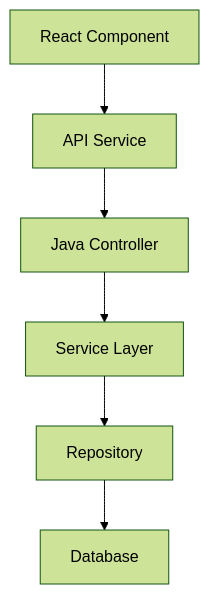
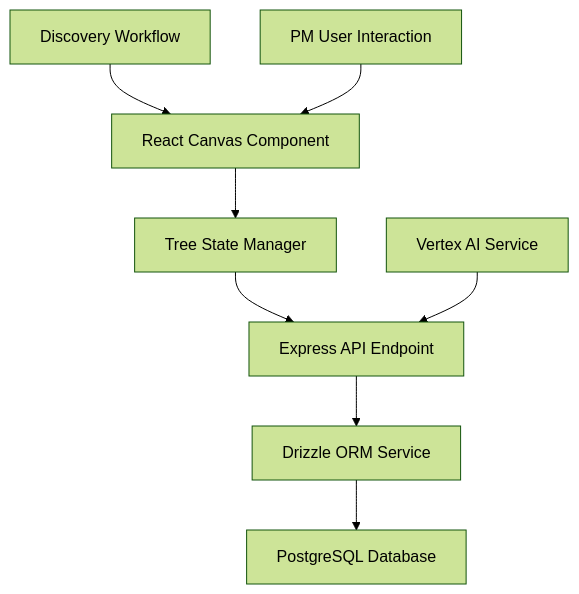
One commit to catalinviciu/ProductCanvas changed the diagram in docs/new_features/feature_template.md. Above: the diagram before and after it, drawn with Mermaid (forest theme). The commit also changed other lines of this file and 5 other files, not shown here.

````diff
--- a/docs/new_features/feature_template.md
+++ b/docs/new_features/feature_template.md
@@ -148,8 +153,11 @@
 ```mermaid
 graph TD
-    A[React Component] --> B[API Service]
-    B --> C[Java Controller]
-    C --> D[Service Layer]
-    D --> E[Repository]
-    E --> F[Database]
+    A[React Canvas Component] --> B[Tree State Manager]
+    B --> C[Express API Endpoint]
+    C --> D[Drizzle ORM Service]
+    D --> E[PostgreSQL Database]
+    
+    F[Vertex AI Service] --> C
+    G[Discovery Workflow] --> A
+    H[PM User Interaction] --> A
 ```
````
